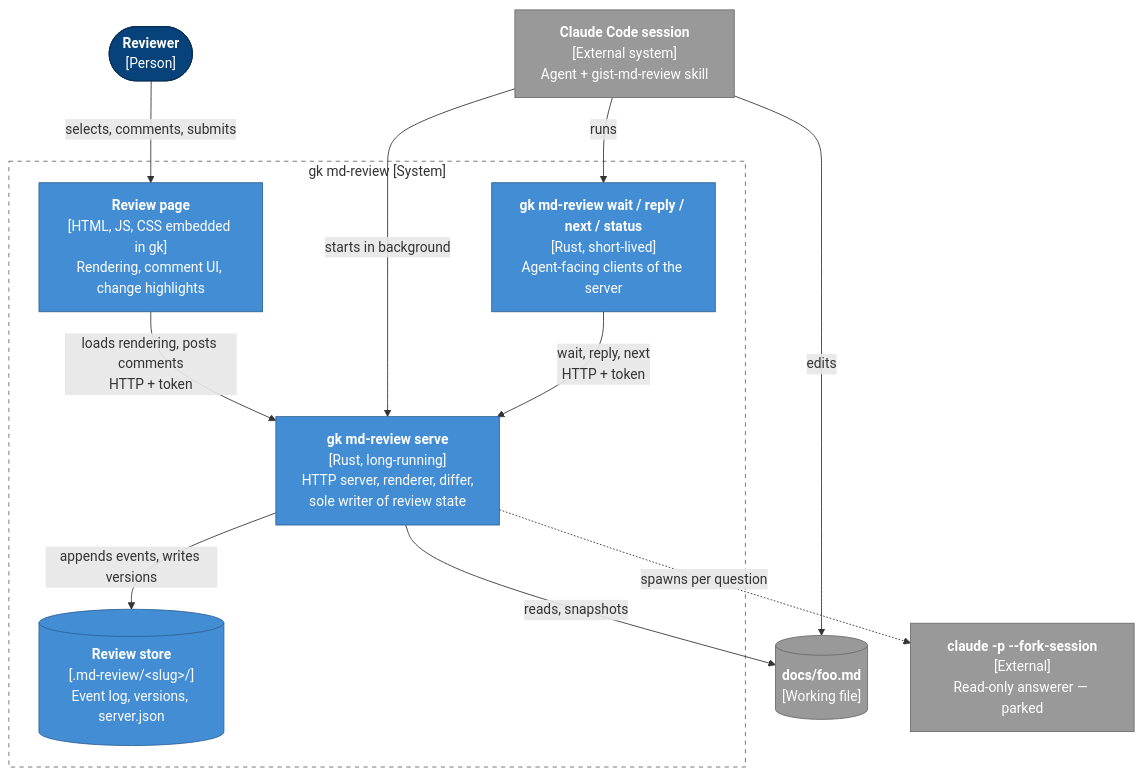
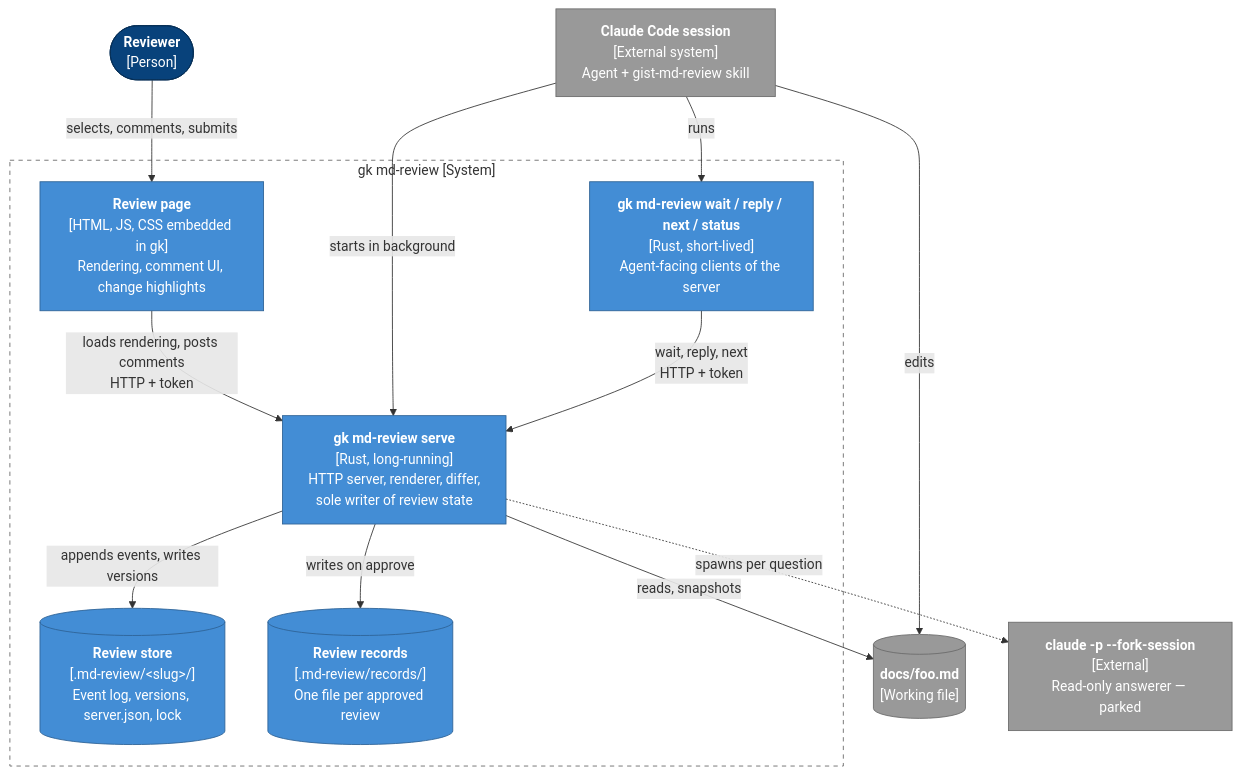
Before and after one commit to msurkovsky/gist: the second of 7 diagrams in docs/design/md-review-hld.md, drawn with Mermaid. The commit also changed other lines of this file, not shown here.

First line of the commit message:
Apply the CEO review decisions to the review HLD

````diff
--- a/docs/design/md-review-hld.md
+++ b/docs/design/md-review-hld.md
@@ -84,30 +98,32 @@
 ```mermaid
 flowchart TB
   human(["<b>Reviewer</b><br/>[Person]"]):::person
   agent["<b>Claude Code session</b><br/>[External system]<br/>Agent + gist-md-review skill"]:::ext
 
   subgraph mdr["gk md-review [System]"]
     page["<b>Review page</b><br/>[HTML, JS, CSS embedded in gk]<br/>Rendering, comment UI, change highlights"]:::container
     serve["<b>gk md-review serve</b><br/>[Rust, long-running]<br/>HTTP server, renderer, differ,<br/>sole writer of review state"]:::container
     cli["<b>gk md-review wait / reply / next / status</b><br/>[Rust, short-lived]<br/>Agent-facing clients of the server"]:::container
-    store[("<b>Review store</b><br/>[.md-review/#lt;slug#gt;/]<br/>Event log, versions, server.json")]:::container
+    store[("<b>Review store</b><br/>[.md-review/#lt;slug#gt;/]<br/>Event log, versions, server.json, lock")]:::container
+    records[("<b>Review records</b><br/>[.md-review/records/]<br/>One file per approved review")]:::container
   end
 
   doc[("<b>docs/foo.md</b><br/>[Working file]")]:::ext
   claude["<b>claude -p --fork-session</b><br/>[External]<br/>Read-only answerer — parked"]:::ext
 
   human -- "selects, comments, submits" --> page
   page -- "loads rendering, posts comments<br/>HTTP + token" --> serve
   agent -- "starts in background" --> serve
   agent -- "runs" --> cli
   cli -- "wait, reply, next<br/>HTTP + token" --> serve
   serve -- "appends events, writes versions" --> store
+  serve -- "writes on approve" --> records
   serve -- "reads, snapshots" --> doc
   agent -- "edits" --> doc
   serve -. "spawns per question" .-> claude
   classDef person fill:#08427b,stroke:#052e56,color:#fff
   classDef system fill:#1168bd,stroke:#0b4884,color:#fff
   classDef container fill:#438dd5,stroke:#2e6295,color:#fff
   classDef ext fill:#999,stroke:#6b6b6b,color:#fff
   style mdr fill:none,stroke:#666,stroke-dasharray:5 5
 ```
````
